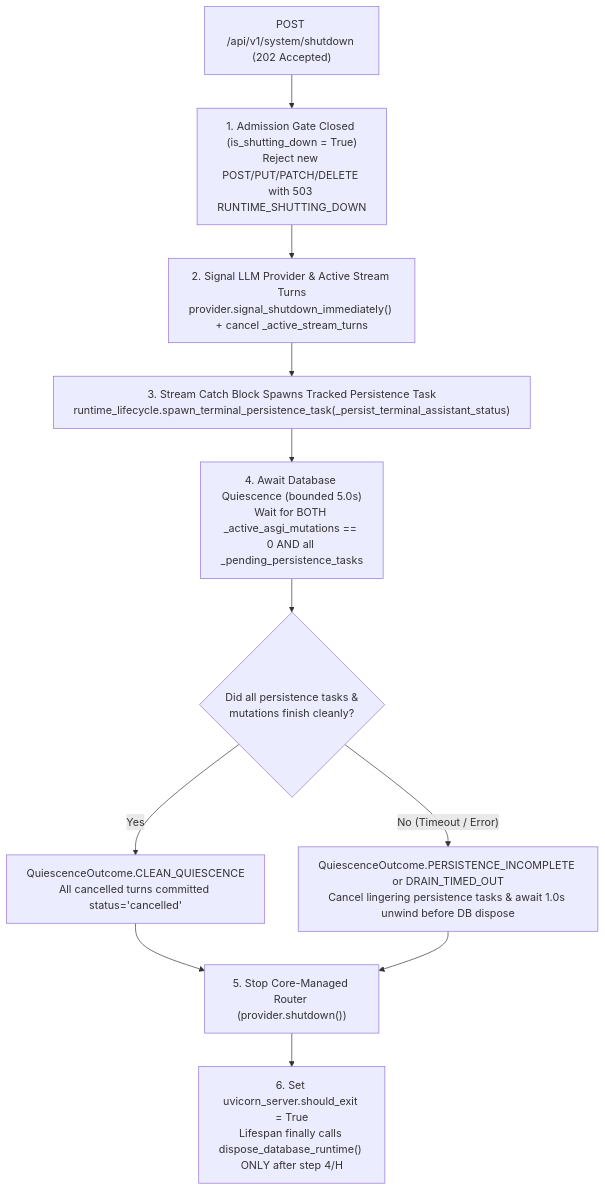
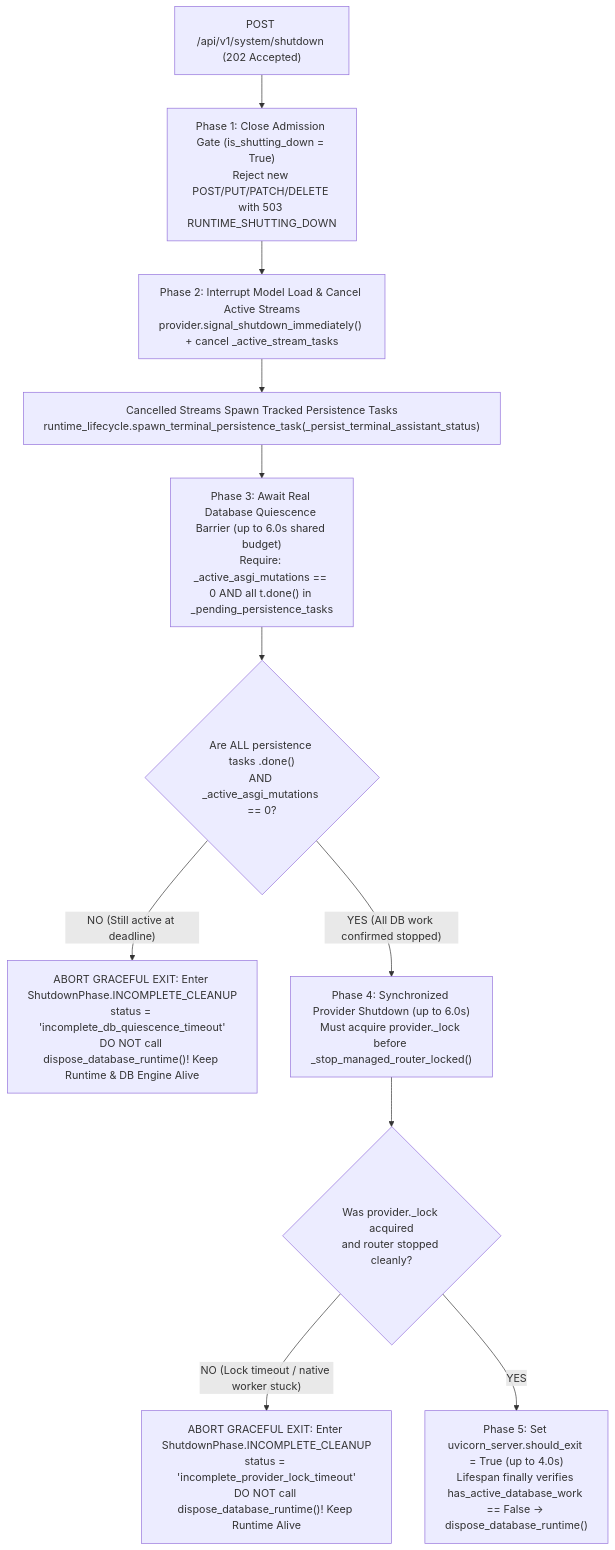
Before and after one commit to chrisniel/AI-companion-project: the third of 3 diagrams in docs/02_Planning/01_Plans/plan-m2-secure-host-lifecycle.md, drawn with Mermaid. The commit also changed other lines of this file and 1 other file, not shown here.

Commit message:
docs(m2): reconcile provider lock ownership, db quiescence barrier, and shutdown deadlines

````diff
--- a/docs/02_Planning/01_Plans/plan-m2-secure-host-lifecycle.md
+++ b/docs/02_Planning/01_Plans/plan-m2-secure-host-lifecycle.md
@@ -308,13 +298,13 @@
 ```mermaid
 flowchart TD
-    A["POST /api/v1/system/shutdown (202 Accepted)"] --> B["1. Admission Gate Closed (is_shutting_down = True)<br/>Reject new POST/PUT/PATCH/DELETE with 503 RUNTIME_SHUTTING_DOWN"]
-    B --> C["2. Signal LLM Provider & Active Stream Turns<br/>provider.signal_shutdown_immediately() + cancel _active_stream_turns"]
-    C --> D["3. Stream Catch Block Spawns Tracked Persistence Task<br/>runtime_lifecycle.spawn_terminal_persistence_task(_persist_terminal_assistant_status)"]
-    D --> E["4. Await Database Quiescence (bounded 5.0s)<br/>Wait for BOTH _active_asgi_mutations == 0 AND all _pending_persistence_tasks"]
-    E --> F{"Did all persistence tasks &<br/>mutations finish cleanly?"}
-    F -- "Yes" --> G["QuiescenceOutcome.CLEAN_QUIESCENCE<br/>All cancelled turns committed status='cancelled'"]
-    F -- "No (Timeout / Error)" --> H["QuiescenceOutcome.PERSISTENCE_INCOMPLETE or DRAIN_TIMED_OUT<br/>Cancel lingering persistence tasks & await 1.0s unwind before DB dispose"]
-    G --> I["5. Stop Core-Managed Router (provider.shutdown())"]
-    H --> I
-    I --> J["6. Set uvicorn_server.should_exit = True<br/>Lifespan finally calls dispose_database_runtime() ONLY after step 4/H"]
+    A["POST /api/v1/system/shutdown (202 Accepted)"] --> B["Phase 1: Close Admission Gate (is_shutting_down = True)<br/>Reject new POST/PUT/PATCH/DELETE with 503 RUNTIME_SHUTTING_DOWN"]
+    B --> C["Phase 2: Interrupt Model Load & Cancel Active Streams<br/>provider.signal_shutdown_immediately() + cancel _active_stream_tasks"]
+    C --> D["Cancelled Streams Spawn Tracked Persistence Tasks<br/>runtime_lifecycle.spawn_terminal_persistence_task(_persist_terminal_assistant_status)"]
+    D --> E["Phase 3: Await Real Database Quiescence Barrier (up to 6.0s shared budget)<br/>Require: _active_asgi_mutations == 0 AND all t.done() in _pending_persistence_tasks"]
+    E --> F{"Are ALL persistence tasks .done()<br/>AND _active_asgi_mutations == 0?"}
+    F -- "NO (Still active at deadline)" --> G["ABORT GRACEFUL EXIT: Enter ShutdownPhase.INCOMPLETE_CLEANUP<br/>status = 'incomplete_db_quiescence_timeout'<br/>DO NOT call dispose_database_runtime()! Keep Runtime & DB Engine Alive"]
+    F -- "YES (All DB work confirmed stopped)" --> H["Phase 4: Synchronized Provider Shutdown (up to 6.0s)<br/>Must acquire provider._lock before _stop_managed_router_locked()"]
+    H --> I{"Was provider._lock acquired<br/>and router stopped cleanly?"}
+    I -- "NO (Lock timeout / native worker stuck)" --> J["ABORT GRACEFUL EXIT: Enter ShutdownPhase.INCOMPLETE_CLEANUP<br/>status = 'incomplete_provider_lock_timeout'<br/>DO NOT call dispose_database_runtime()! Keep Runtime Alive"]
+    I -- "YES" --> K["Phase 5: Set uvicorn_server.should_exit = True (up to 4.0s)<br/>Lifespan finally verifies has_active_database_work == False -> dispose_database_runtime()"]
 ```
````
